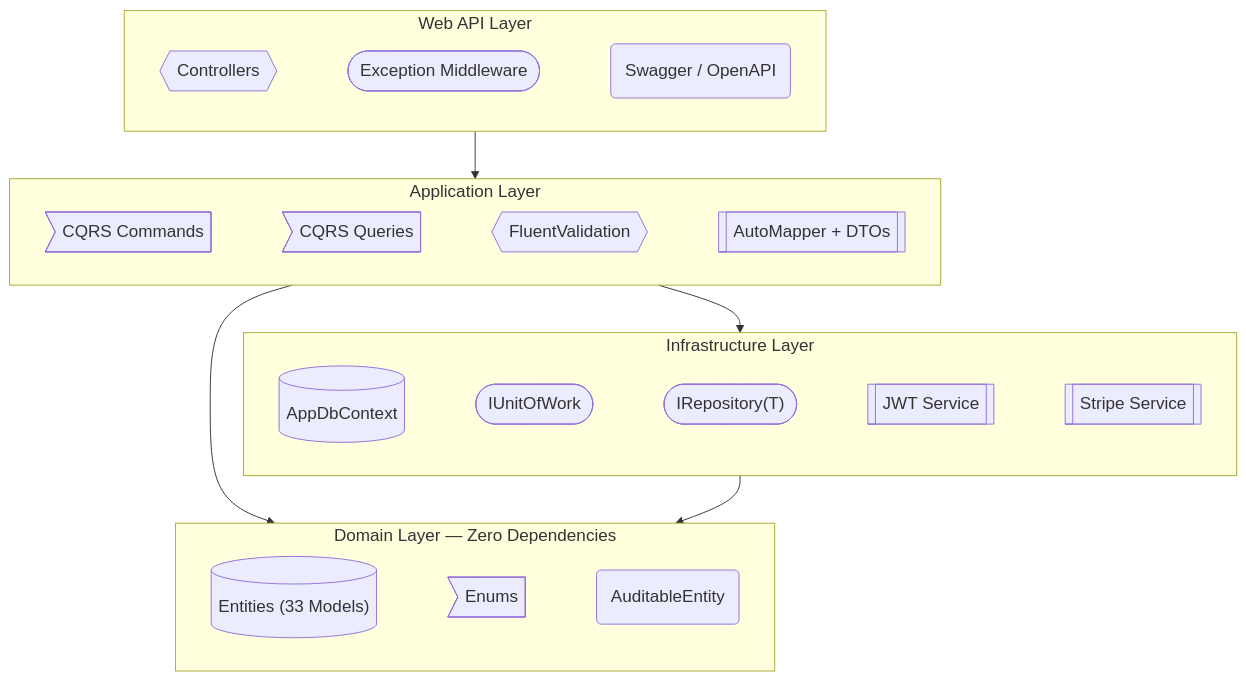
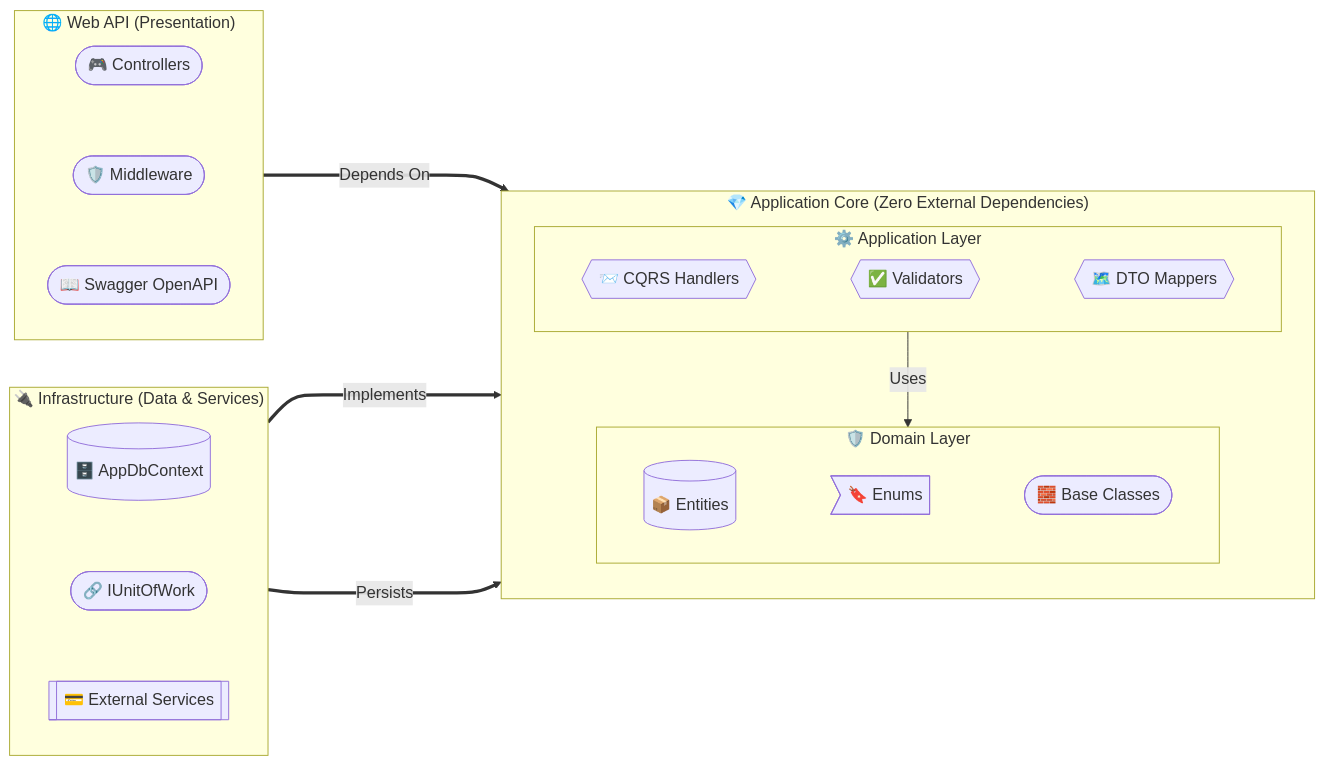
Before and after one commit to noureddineosama/OnlineTravelBookingAPP: the first of 8 diagrams in README.md, drawn with Mermaid.

Commit message:
Docs: Redesign architecture diagram into a centered Ports & Adapters layout demonstrating Clean Architecture dependency rules

````diff
--- a/README.md
+++ b/README.md
@@ -46,28 +46,49 @@
 ```mermaid
-%%{init: {'theme': 'default', 'themeVariables': {'fontSize': '18px', 'fontFamily': 'arial'}}}%%
-graph TD
-    subgraph WEB["Web API Layer"]
-        direction LR
-        CTRL{{"     Controllers     "}} ~~~ MIDW(["     Exception Middleware     "]) ~~~ DOCS("     Swagger / OpenAPI     ")
+%%{init: {'theme': 'default', 'themeVariables': {'fontSize': '17px'}}}%%
+graph LR
+    %% Left: Presentation Layer %%
+    subgraph WEB ["🌐 Web API (Presentation)"]
+        direction TB
+        CTRL(["     🎮 Controllers     "])
+        MIDW(["     🛡️ Middleware     "])
+        DOCS(["     📖 Swagger OpenAPI     "])
+        CTRL ~~~ MIDW ~~~ DOCS
     end
 
-    subgraph APP["Application Layer"]
-        direction LR
-        CMD>     CQRS Commands     ] ~~~ QRY>     CQRS Queries     ] ~~~ VAL{{"     FluentValidation     "}} ~~~ MAP[["     AutoMapper + DTOs     "]]
+    %% Center: Application Core %%
+    subgraph CORE ["💎 Application Core (Zero External Dependencies)"]
+        direction TB
+        
+        subgraph APP ["⚙️ Application Layer"]
+            direction LR
+            CQRS{{"     📨 CQRS Handlers     "}}
+            VAL{{"     ✅ Validators     "}}
+            MAP{{"     🗺️ DTO Mappers     "}}
+            CQRS ~~~ VAL ~~~ MAP
+        end
+        
+        subgraph DOM ["🛡️ Domain Layer"]
+            direction LR
+            ENT[("     📦 Entities     ")]
+            ENM>"     🔖 Enums     "]
+            BASE(["     🧱 Base Classes     "])
+            ENT ~~~ ENM ~~~ BASE
+        end
+        
+        APP -->|Uses| DOM
     end
 
-    subgraph INF["Infrastructure Layer"]
-        direction LR
-        DB[("     AppDbContext     ")] ~~~ UOW(["     IUnitOfWork     "]) ~~~ REPO(["     IRepository(T)     "]) ~~~ JWT[["     JWT Service     "]] ~~~ STR[["     Stripe Service     "]]
+    %% Right: Infrastructure Layer %%
+    subgraph INF ["🔌 Infrastructure (Data & Services)"]
+        direction TB
+        DB[("     🗄️ AppDbContext     ")]
+        UOW(["     🔗 IUnitOfWork     "])
+        SVC[["     💳 External Services     "]]
+        DB ~~~ UOW ~~~ SVC
     end
 
-    subgraph DOM["Domain Layer — Zero Dependencies"]
-        direction LR
-        ENT[("     Entities (33 Models)     ")] ~~~ ENM>"     Enums     "] ~~~ BASE("     AuditableEntity     ")
-    end
-
-    WEB --> APP
-    APP --> INF
-    APP --> DOM
-    INF --> DOM
+    %% Dependency Arrows (Clean Architecture Rule: Point Inward) %%
+    WEB ====>|Depends On| APP
+    INF ====>|Implements| APP
+    INF ====>|Persists| DOM
 ```
````
